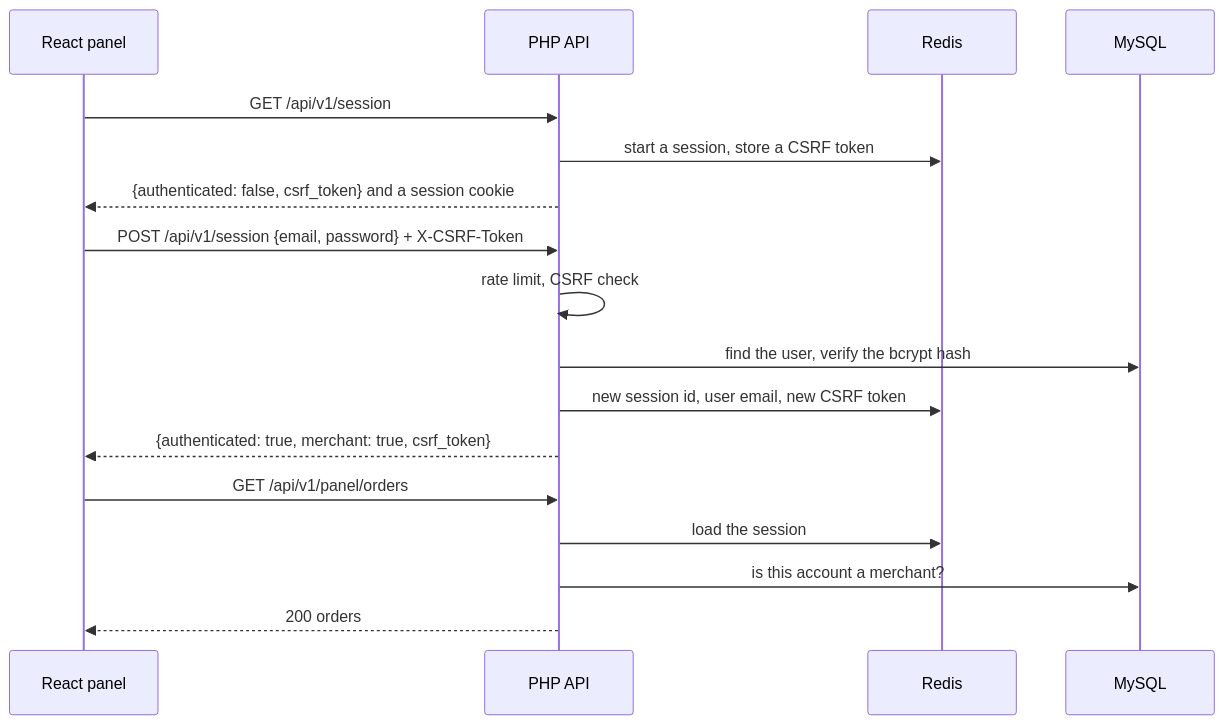
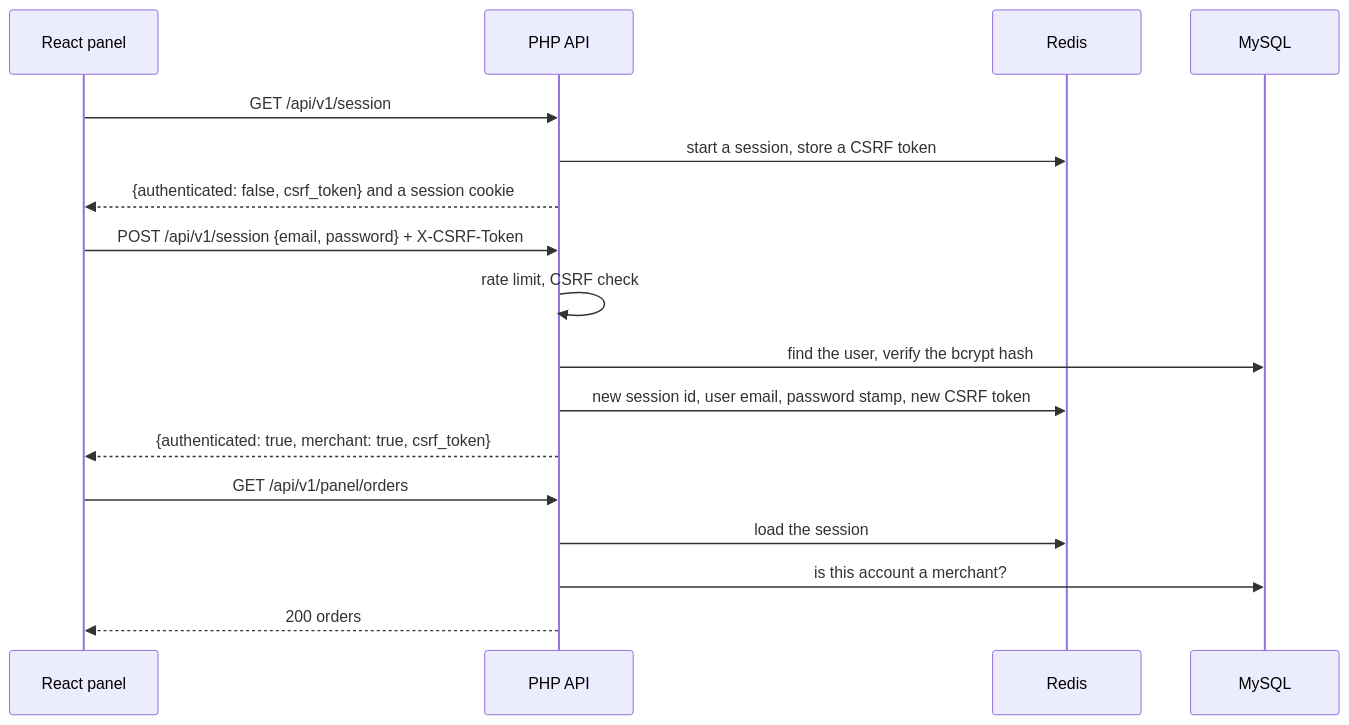
The diagram in docs/flows/authentication.md (skm1995/merchant-panel), drawn with Mermaid before and after one commit. The commit also changed other lines of this file and 54 other files, not shown here.

````diff
--- a/docs/flows/authentication.md
+++ b/docs/flows/authentication.md
@@ -8,20 +8,20 @@
 ```mermaid
 sequenceDiagram
     participant U as React panel
     participant API as PHP API
     participant R as Redis
     participant DB as MySQL
 
     U->>API: GET /api/v1/session
     API->>R: start a session, store a CSRF token
     API-->>U: {authenticated: false, csrf_token} and a session cookie
     U->>API: POST /api/v1/session {email, password} + X-CSRF-Token
     API->>API: rate limit, CSRF check
     API->>DB: find the user, verify the bcrypt hash
-    API->>R: new session id, user email, new CSRF token
+    API->>R: new session id, user email, password stamp, new CSRF token
     API-->>U: {authenticated: true, merchant: true, csrf_token}
     U->>API: GET /api/v1/panel/orders
     API->>R: load the session
     API->>DB: is this account a merchant?
     API-->>U: 200 orders
 ```
````
